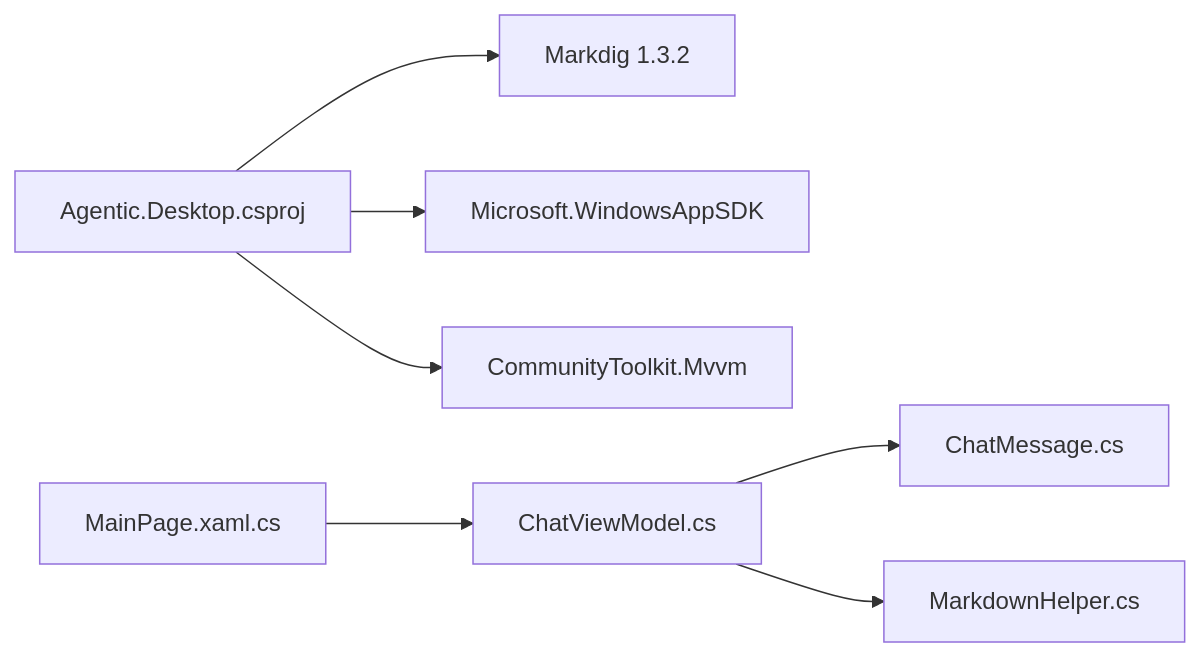
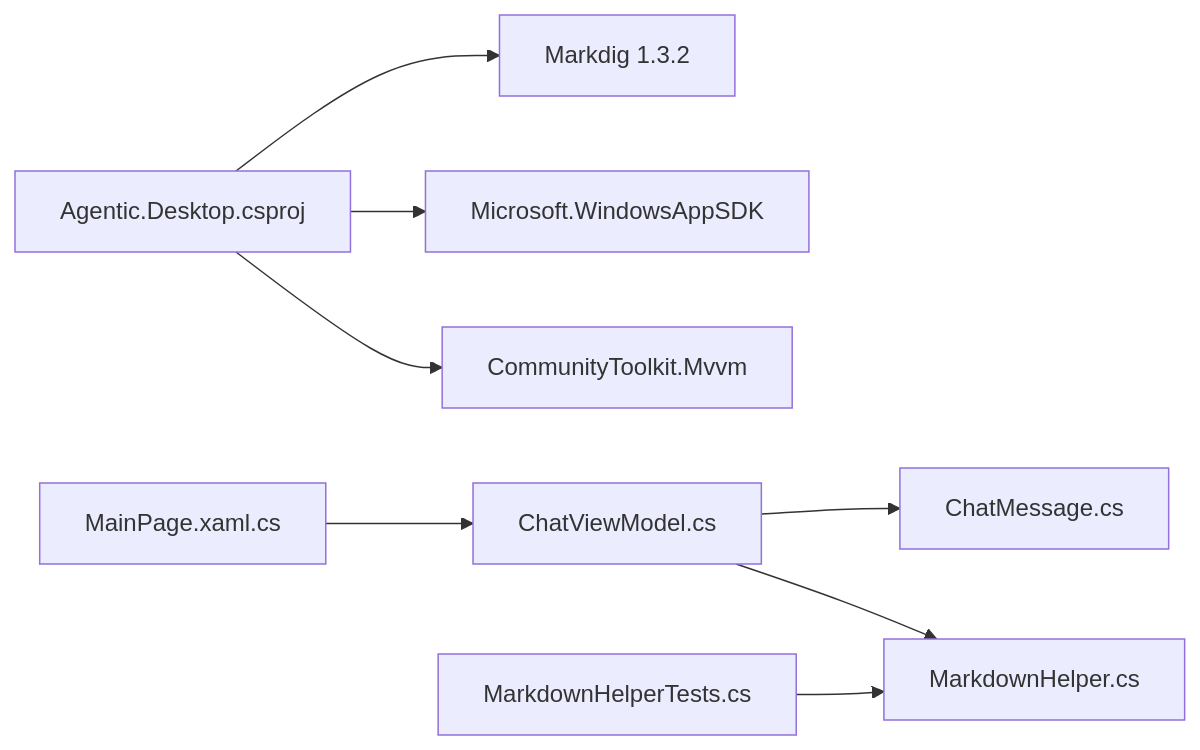
One commit to AgenticDesktop/App changed the fifth of 5 diagrams in .qoder/repowiki/zh/content/服务层设计/Markdown 渲染器.md. Above: the diagram before and after it, drawn with Mermaid. The commit also changed other lines of this file and 108 other files, not shown here.

````diff
--- a/.qoder/repowiki/zh/content/服务层设计/Markdown 渲染器.md
+++ b/.qoder/repowiki/zh/content/服务层设计/Markdown 渲染器.md
@@ -216,9 +266,10 @@
 ```mermaid
 graph LR
 CSProj["Agentic.Desktop.csproj"] --> Markdig["Markdig 1.3.2"]
 CSProj --> WinUI["Microsoft.WindowsAppSDK"]
 CSProj --> MVVM["CommunityToolkit.Mvvm"]
 VM_Chat["ChatViewModel.cs"] --> Msg["ChatMessage.cs"]
 VM_Chat --> Help["MarkdownHelper.cs"]
 UI_Main["MainPage.xaml.cs"] --> VM_Chat
+Tests["MarkdownHelperTests.cs"] --> Help
 ```
````
